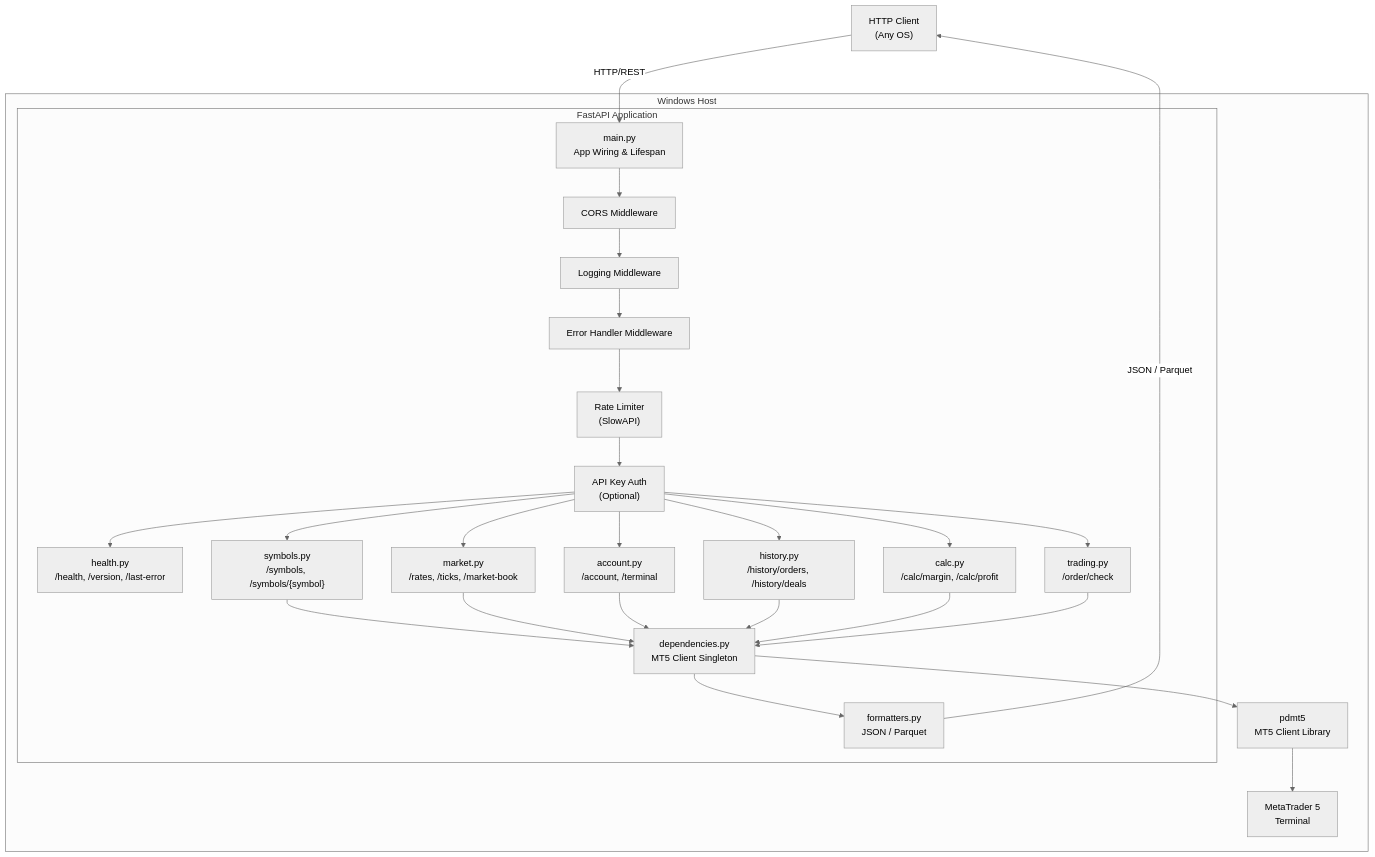
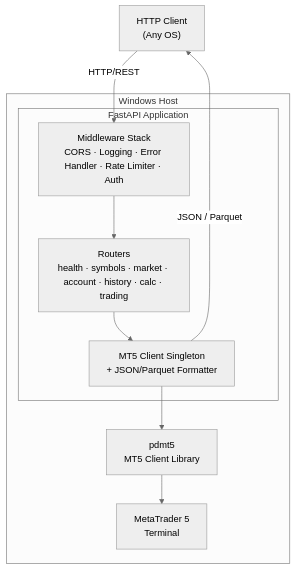
One commit to dceoy/mt5api changed the diagram in README.md. Above: the diagram before and after it, drawn with Mermaid (neutral theme).

Commit message:
Compact FastAPI Application subgraph in architecture diagram
Collapse the middleware chain and seven routers into single summary
nodes to reduce diagram verbosity while keeping the key layers visible.

https://claude.ai/code/session_01YNwrPB3iN3JWpkVgM5XwVQ

````diff
--- a/README.md
+++ b/README.md
@@ -19,37 +19,19 @@
 ```mermaid
 graph TB
     Client["HTTP Client<br/>(Any OS)"]
 
     subgraph "Windows Host"
         subgraph "FastAPI Application"
-            Main["main.py<br/>App Wiring & Lifespan"]
-            Main --> CORS["CORS Middleware"]
-            CORS --> Logging["Logging Middleware"]
-            Logging --> Error["Error Handler Middleware"]
-            Error --> RateLimit["Rate Limiter<br/>(SlowAPI)"]
-            RateLimit --> Auth["API Key Auth<br/>(Optional)"]
-
-            Auth --> HealthRouter["health.py<br/>/health, /version, /last-error"]
-            Auth --> SymbolsRouter["symbols.py<br/>/symbols, /symbols/{symbol}"]
-            Auth --> MarketRouter["market.py<br/>/rates, /ticks, /market-book"]
-            Auth --> AccountRouter["account.py<br/>/account, /terminal"]
-            Auth --> HistoryRouter["history.py<br/>/history/orders, /history/deals"]
-            Auth --> CalcRouter["calc.py<br/>/calc/margin, /calc/profit"]
-            Auth --> TradingRouter["trading.py<br/>/order/check"]
-
-            SymbolsRouter --> Deps["dependencies.py<br/>MT5 Client Singleton"]
-            MarketRouter --> Deps
-            AccountRouter --> Deps
-            HistoryRouter --> Deps
-            CalcRouter --> Deps
-            TradingRouter --> Deps
-            Deps --> Fmt["formatters.py<br/>JSON / Parquet"]
+            Middleware["Middleware Stack<br/>CORS · Logging · Error Handler · Rate Limiter · Auth"]
+            Routers["Routers<br/>health · symbols · market · account · history · calc · trading"]
+            Deps["MT5 Client Singleton<br/>+ JSON/Parquet Formatter"]
+            Middleware --> Routers --> Deps
         end
 
         Deps --> pdmt5["pdmt5<br/>MT5 Client Library"]
         pdmt5 --> MT5["MetaTrader 5<br/>Terminal"]
     end
 
-    Client -- "HTTP/REST" --> Main
-    Fmt -- "JSON / Parquet" --> Client
+    Client -- "HTTP/REST" --> Middleware
+    Deps -- "JSON / Parquet" --> Client
 ```
````
